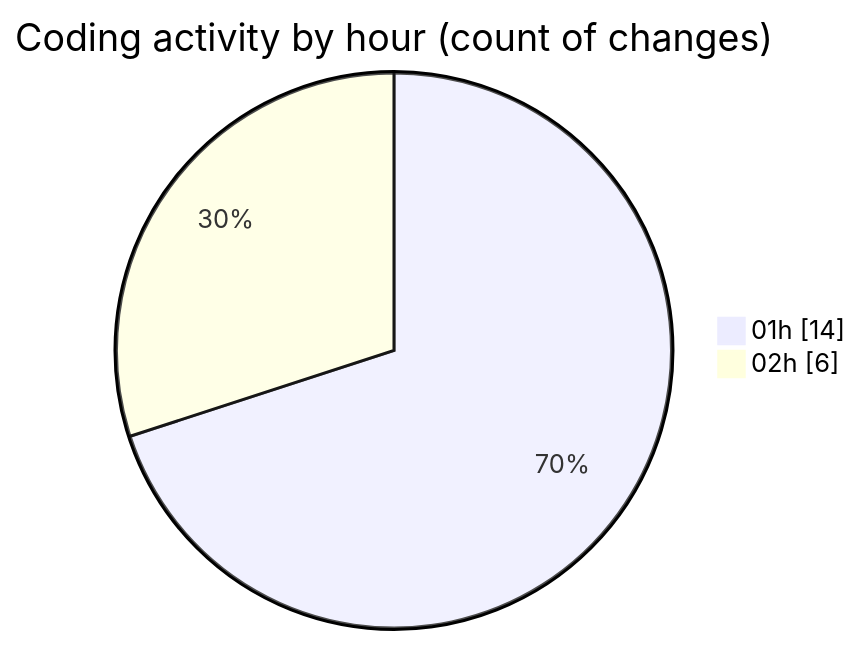
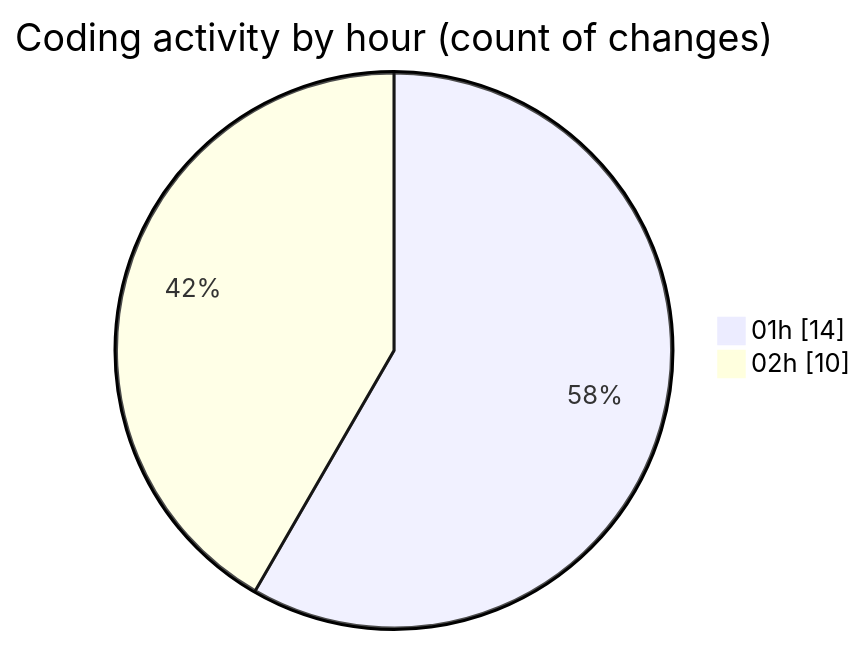
Before and after one commit to jrari/code-tracking: the second of 2 diagrams in 2025-07-13/telebot/README.md, drawn with Mermaid. The commit also changed other lines of this file and 1 other file, not shown here.

````diff
--- a/2025-07-13/telebot/README.md
+++ b/2025-07-13/telebot/README.md
@@ -42,6 +43,6 @@
 ```mermaid
 pie showData
 title Coding activity by hour (count of changes)
 "01h" : 14
-"02h" : 6
+"02h" : 10
 ```
````
